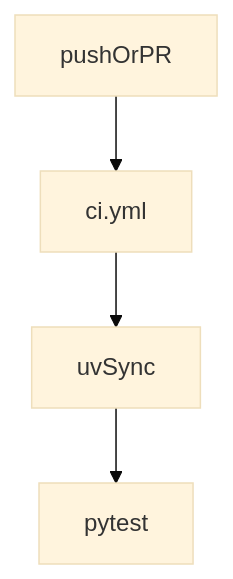
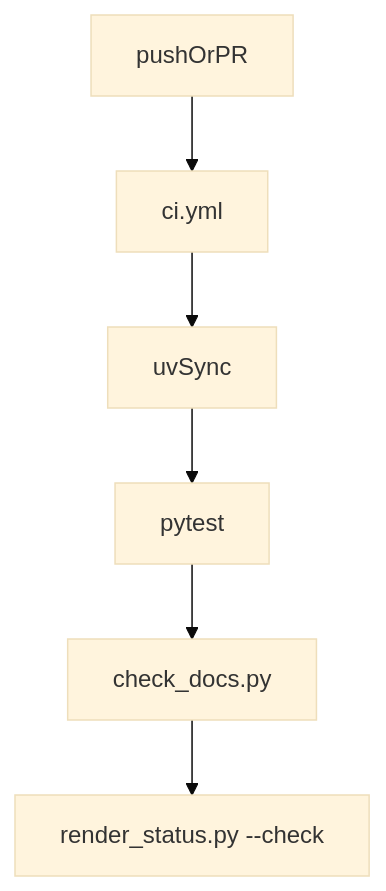
The diagram in .github/README.md (witzbeck/mtg-loop-engine), drawn with Mermaid (base theme) before and after one commit. The commit also changed other lines of this file and 65 other files, not shown here.

````diff
--- a/.github/README.md
+++ b/.github/README.md
@@ -9,6 +11,8 @@
 ```mermaid
 graph TB;
   push[pushOrPR] --> ci[ci.yml];
   ci --> uv[uvSync];
   uv --> pytest[pytest];
+  pytest --> docsCheck[check_docs.py];
+  docsCheck --> statusCheck[render_status.py --check];
 ```
````
